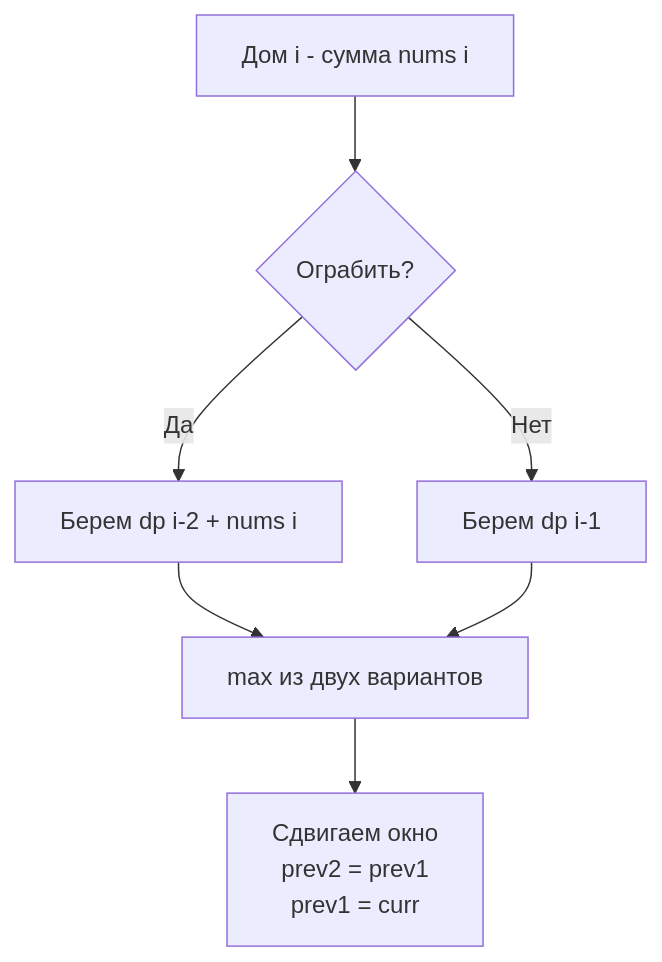
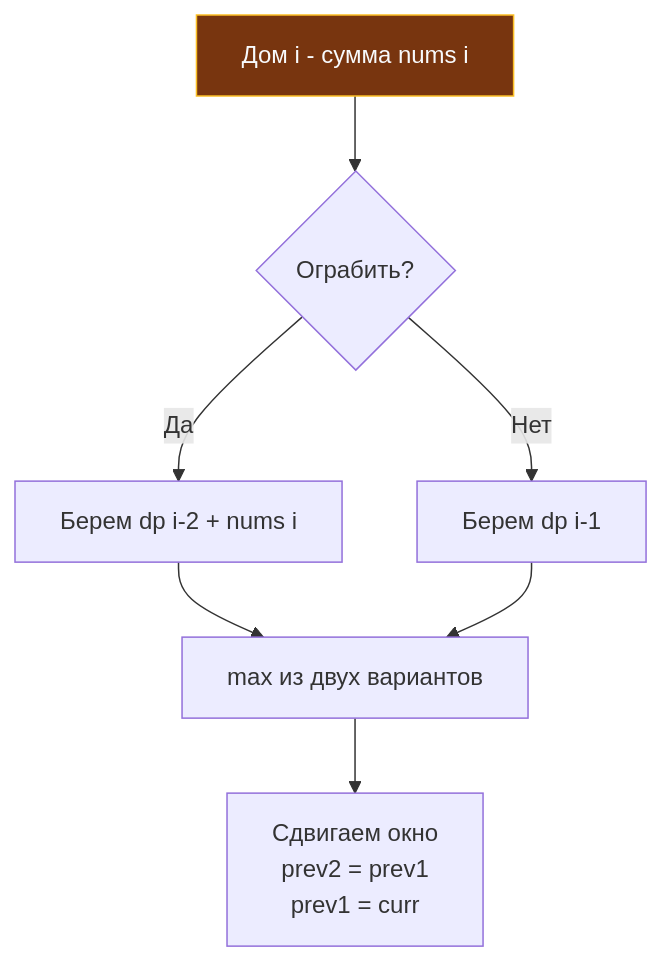
The diagram in sources/21. Задачи с LeetCode и собеседований на Go/02. Задачи/18. Динамическое программирование 1D/4. House Robber.md (UnrealTemplier/go-textbook), drawn with Mermaid before and after one commit. The commit also changed 1666 other files, not shown here.

First line of the commit message:
feat(mermaid): add semantic color classDef to 1369 colorless flowchart/graph diagrams

````diff
--- a/sources/21. Задачи с LeetCode и собеседований на Go/02. Задачи/18. Динамическое программирование 1D/4. House Robber.md
+++ b/sources/21. Задачи с LeetCode и собеседований на Go/02. Задачи/18. Динамическое программирование 1D/4. House Robber.md
@@ -77,9 +77,19 @@
 ```mermaid
 flowchart TD
-    A["Дом i - сумма nums i"] --> B{"Ограбить?"}
+    classDef process  fill:#1e293b,stroke:#38bdf8,stroke-width:1px,color:#f8fafc
+    classDef success  fill:#064e3b,stroke:#34d399,stroke-width:1px,color:#f8fafc
+    classDef error    fill:#7f1d1d,stroke:#f87171,stroke-width:1px,color:#f8fafc
+    classDef warning  fill:#78350f,stroke:#fbbf24,stroke-width:1px,color:#f8fafc
+    classDef entry    fill:#1e3a5f,stroke:#38bdf8,stroke-width:2px,color:#f8fafc
+    classDef aux      fill:#334155,stroke:#64748b,stroke-width:1px,color:#f8fafc
+    classDef system   fill:#312e81,stroke:#a78bfa,stroke-width:1px,color:#f8fafc
+    classDef data     fill:#132d29,stroke:#2dd4bf,stroke-width:1px,color:#f8fafc
+    classDef network  fill:#881337,stroke:#fb7185,stroke-width:1px,color:#f8fafc
+    classDef accent   fill:#1e1b4b,stroke:#818cf8,stroke-width:1px,color:#f8fafc
+    A["Дом i - сумма nums i"]:::warning --> B{"Ограбить?"}
     B -- "Да" --> C["Берем dp i-2 + nums i"]
     B -- "Нет" --> D["Берем dp i-1"]
     C --> E["max из двух вариантов"]
     D --> E
     E --> F["Сдвигаем окно<br>prev2 = prev1<br>prev1 = curr"]
 ```
````
